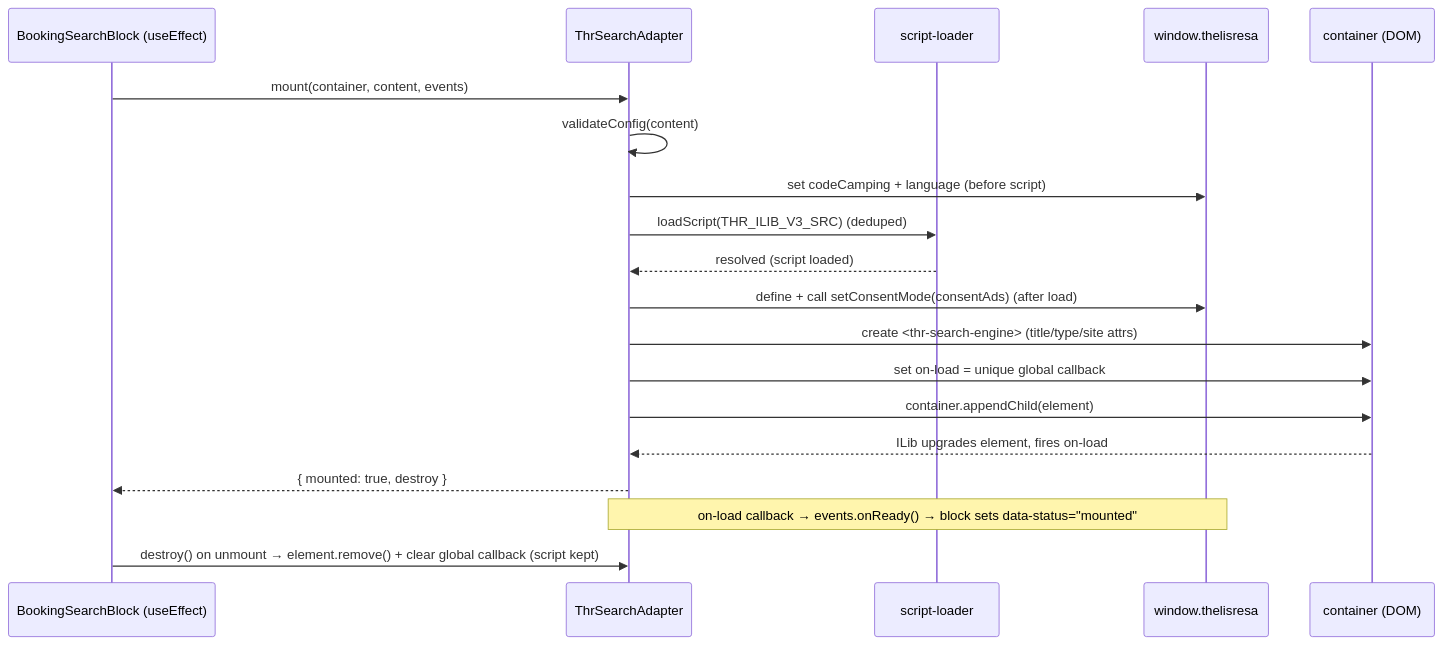
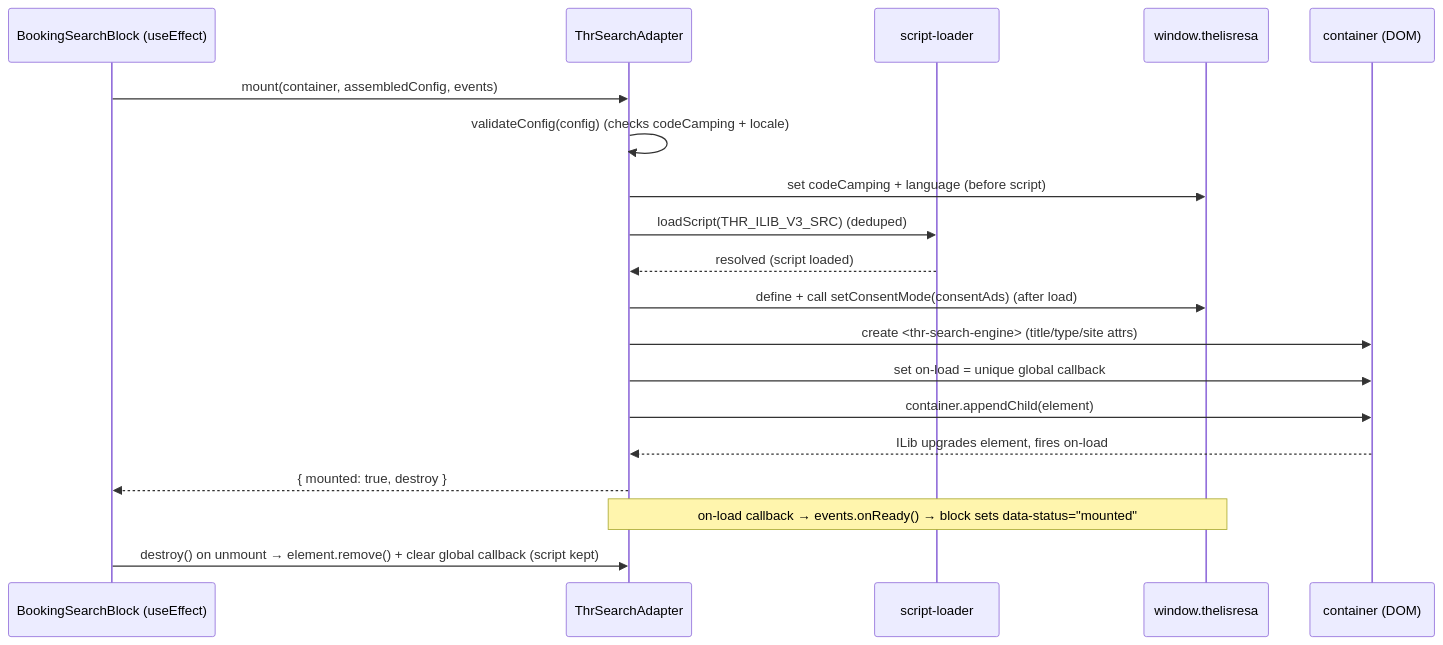
Before and after one commit to AD-Web-Headless-IA/hwe-tools: the second of 2 diagrams in docs/diagrams/booking-architecture.md, drawn with Mermaid. The commit also changed other lines of this file and 3 other files, not shown here.

````diff
--- a/docs/diagrams/booking-architecture.md
+++ b/docs/diagrams/booking-architecture.md
@@ -57,22 +88,22 @@
 ```mermaid
 sequenceDiagram
   participant B as BookingSearchBlock (useEffect)
   participant A as ThrSearchAdapter
   participant L as script-loader
   participant W as window.thelisresa
   participant D as container (DOM)
 
-  B->>A: mount(container, content, events)
-  A->>A: validateConfig(content)
+  B->>A: mount(container, assembledConfig, events)
+  A->>A: validateConfig(config)  (checks codeCamping + locale)
   A->>W: set codeCamping + language  (before script)
   A->>L: loadScript(THR_ILIB_V3_SRC)  (deduped)
   L-->>A: resolved (script loaded)
   A->>W: define + call setConsentMode(consentAds)  (after load)
   A->>D: create <thr-search-engine> (title/type/site attrs)
   A->>D: set on-load = unique global callback
   A->>D: container.appendChild(element)
   D-->>A: ILib upgrades element, fires on-load
   A-->>B: { mounted: true, destroy }
   Note over A,W: on-load callback → events.onReady() → block sets data-status="mounted"
   B->>A: destroy() on unmount → element.remove() + clear global callback (script kept)
 ```
````
